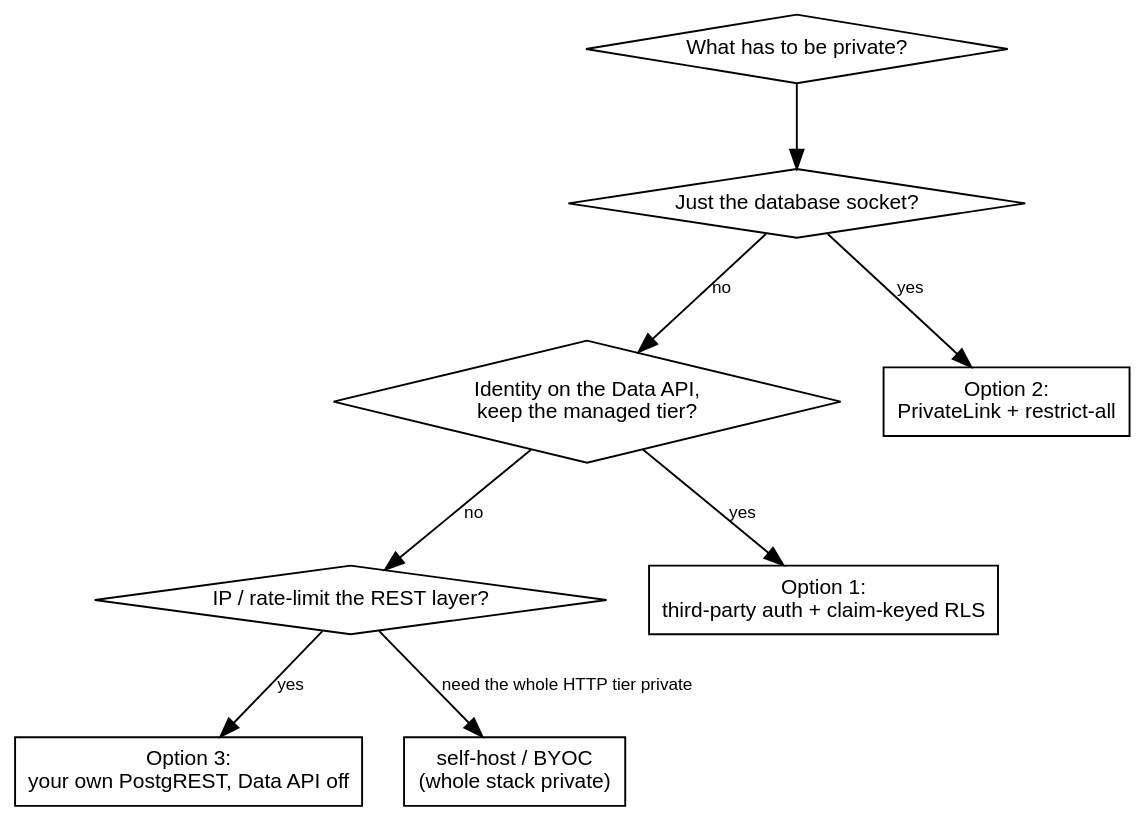
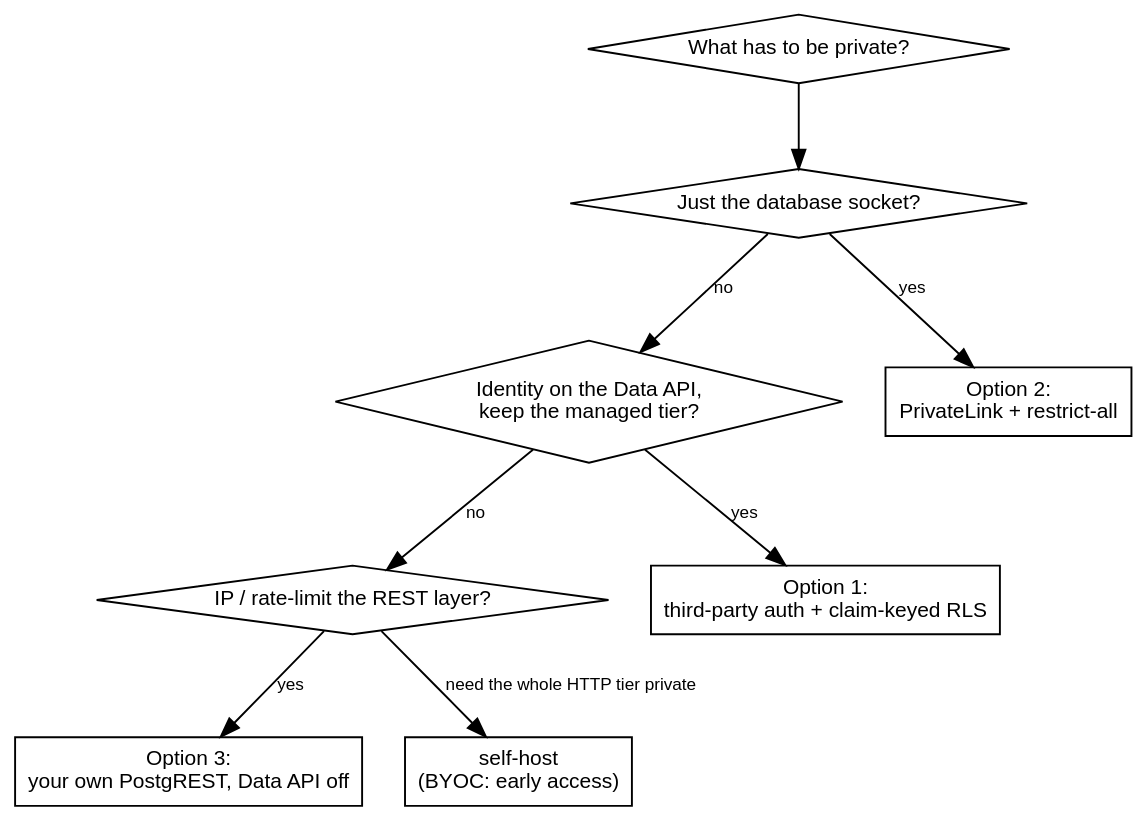
One commit to erfianugrah/lexicanum changed the third of 3 diagrams in src/content/docs/reference/supabase-data-surface-lockdown.mdx. Above: the diagram before and after it, drawn with Graphviz. The commit also changed other lines of this file and 10 other files, not shown here.

````diff
--- a/src/content/docs/reference/supabase-data-surface-lockdown.mdx
+++ b/src/content/docs/reference/supabase-data-surface-lockdown.mdx
@@ -439,26 +439,26 @@
 ```dot
 digraph {
   rankdir=TB; bgcolor="transparent"; nodesep=0.3; ranksep=0.6;
   fontname="Helvetica,Arial,sans-serif";
   node [fontname="Helvetica,Arial,sans-serif", fontsize=11, shape=box];
   edge [fontname="Helvetica,Arial,sans-serif", fontsize=9];
 
   q0 [label="What has to be private?", shape=diamond];
   q1 [label="Just the database socket?", shape=diamond];
   q2 [label="Identity on the Data API,\nkeep the managed tier?", shape=diamond];
   q3 [label="IP / rate-limit the REST layer?", shape=diamond];
 
   pl [label="Option 2:\nPrivateLink + restrict-all"];
   iss [label="Option 1:\nthird-party auth + claim-keyed RLS"];
   own [label="Option 3:\nyour own PostgREST, Data API off"];
-  self [label="self-host / BYOC\n(whole stack private)"];
+  self [label="self-host\n(BYOC: early access)"];
 
   q0 -> q1;
   q1 -> pl [label="yes"];
   q1 -> q2 [label="no"];
   q2 -> iss [label="yes"];
   q2 -> q3 [label="no"];
   q3 -> own [label="yes"];
   q3 -> self [label="need the whole HTTP tier private"];
 }
 ```
````
